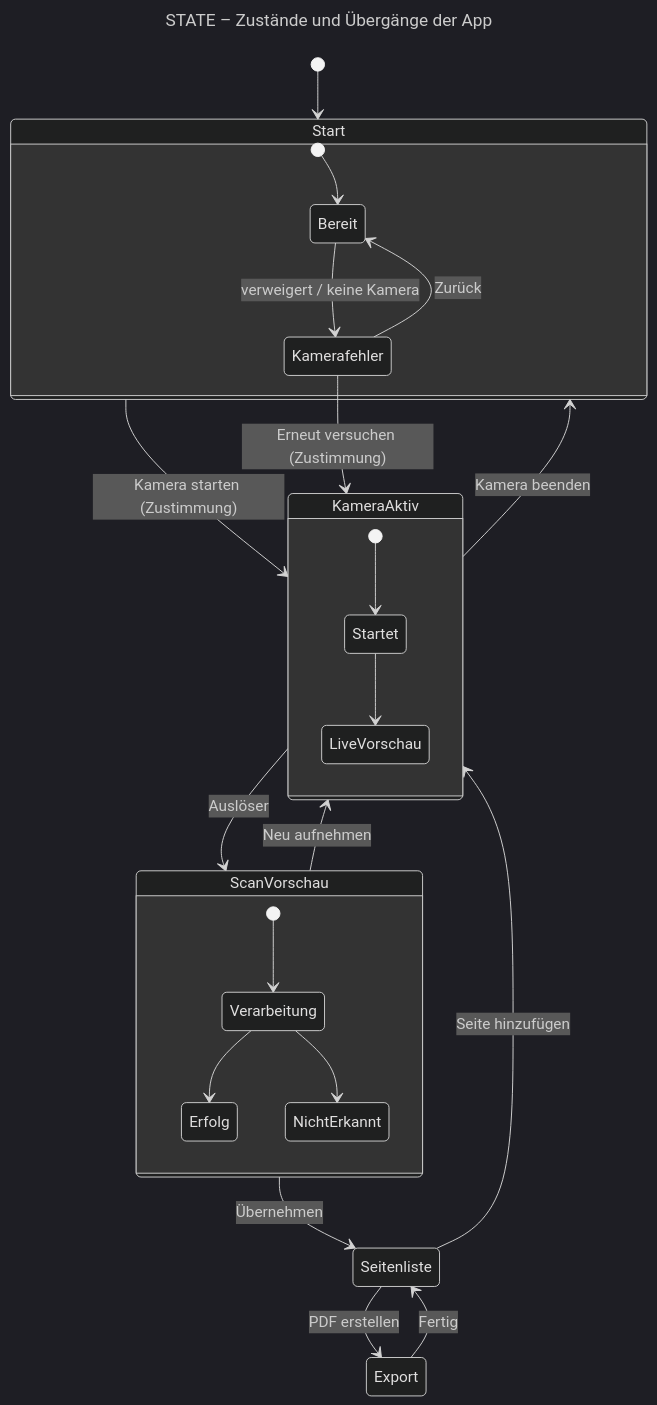
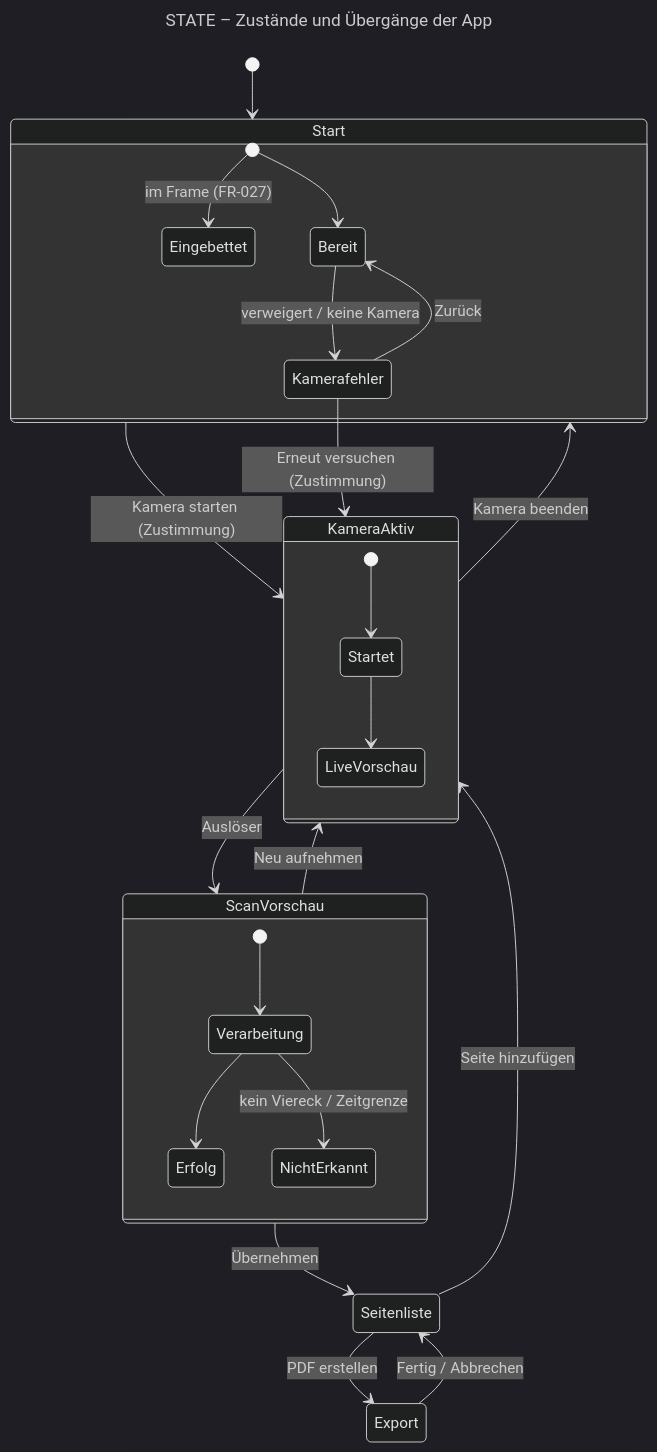
One commit to alexanderweigelt/ScannerPWA changed the third of 8 diagrams in ARCHITECTURE.md. Above: the diagram before and after it, drawn with Mermaid (dark theme). The commit also changed other lines of this file and 10 other files, not shown here.

````diff
--- a/ARCHITECTURE.md
+++ b/ARCHITECTURE.md
@@ -194,32 +195,33 @@
 ```mermaid
 ---
 title: STATE – Zustände und Übergänge der App
 ---
 stateDiagram-v2
   accTitle: Zustandsmaschine der App
   accDescr: Fünf Zustände nach FR-015 mit Teilzuständen nach DESIGN.md. Jeder Zustand hat mindestens eine Aktion; Fehler bleiben Teilzustände.
   [*] --> Start
   state Start {
     [*] --> Bereit
+    [*] --> Eingebettet: im Frame (FR-027)
     Bereit --> Kamerafehler: verweigert / keine Kamera
     Kamerafehler --> Bereit: Zurück
   }
   Start --> KameraAktiv: Kamera starten (Zustimmung)
   Kamerafehler --> KameraAktiv: Erneut versuchen (Zustimmung)
   state KameraAktiv {
     [*] --> Startet
     Startet --> LiveVorschau
   }
   KameraAktiv --> Start: Kamera beenden
   KameraAktiv --> ScanVorschau: Auslöser
   state ScanVorschau {
     [*] --> Verarbeitung
     Verarbeitung --> Erfolg
-    Verarbeitung --> NichtErkannt
+    Verarbeitung --> NichtErkannt: kein Viereck / Zeitgrenze
   }
   ScanVorschau --> KameraAktiv: Neu aufnehmen
   ScanVorschau --> Seitenliste: Übernehmen
   Seitenliste --> KameraAktiv: Seite hinzufügen
   Seitenliste --> Export: PDF erstellen
-  Export --> Seitenliste: Fertig
+  Export --> Seitenliste: Fertig / Abbrechen
 ```
````
